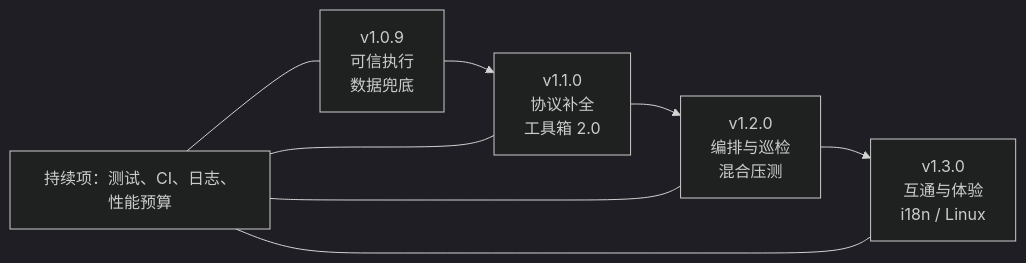
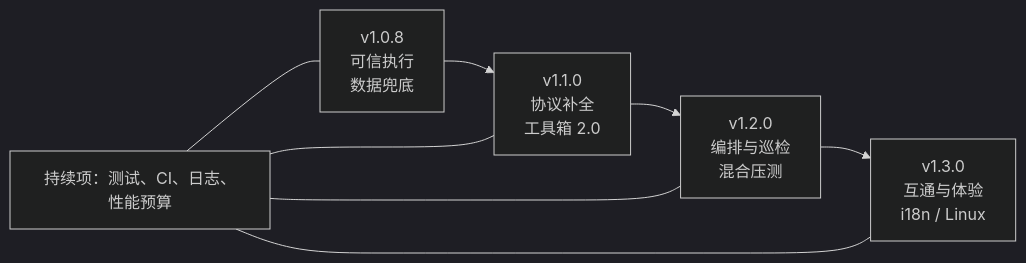
The first of 2 diagrams in docx/AstroMan的本地能力补强技术方案.md (Wayward-GOU/AstroMan), drawn with Mermaid (dark theme) before and after one commit. The commit also changed other lines of this file and 79 other files, not shown here.

````diff
--- a/docx/AstroMan的本地能力补强技术方案.md
+++ b/docx/AstroMan的本地能力补强技术方案.md
@@ -54,10 +56,10 @@
 ```mermaid
 flowchart LR
-  A["v1.0.9<br/>可信执行<br/>数据兜底"] --> B["v1.1.0<br/>协议补全<br/>工具箱 2.0"]
+  A["v1.0.8<br/>可信执行<br/>数据兜底"] --> B["v1.1.0<br/>协议补全<br/>工具箱 2.0"]
   B --> C["v1.2.0<br/>编排与巡检<br/>混合压测"]
   C --> D["v1.3.0<br/>互通与体验<br/>i18n / Linux"]
   E["持续项：测试、CI、日志、性能预算"] --- A
   E --- B
   E --- C
   E --- D
 ```
````
